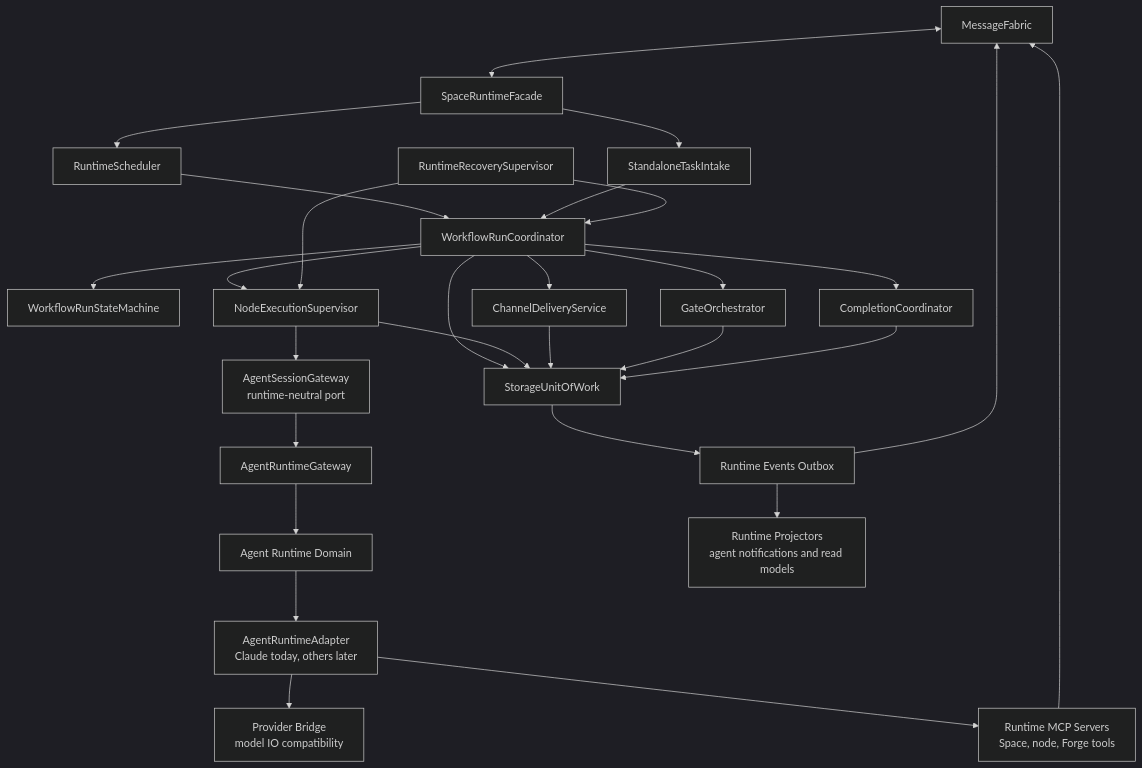
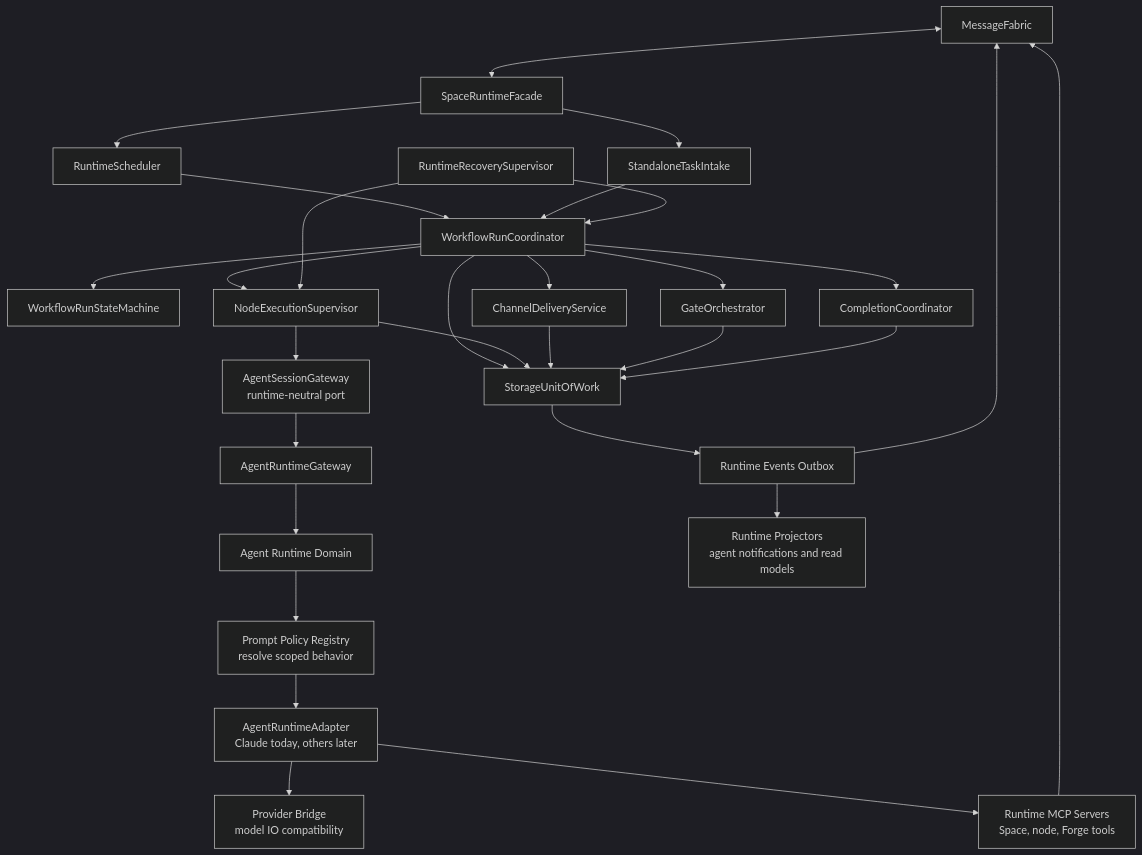
Before and after one commit to lsm/HyperNeo: the fifth of 8 diagrams in docs/architecture/target-architecture/README.md, drawn with Mermaid (dark theme). The commit also changed other lines of this file and 6 other files, not shown here.

Commit message:
docs: add prompt policy to target architecture

````diff
--- a/docs/architecture/target-architecture/README.md
+++ b/docs/architecture/target-architecture/README.md
@@ -334,53 +359,55 @@
 ```mermaid
 flowchart TB
   Fabric["MessageFabric"]
   SpaceFacade["SpaceRuntimeFacade"]
   Scheduler["RuntimeScheduler"]
   Intake["StandaloneTaskIntake"]
   Coordinator["WorkflowRunCoordinator"]
   StateMachine["WorkflowRunStateMachine"]
   Nodes["NodeExecutionSupervisor"]
   Channels["ChannelDeliveryService"]
   Gates["GateOrchestrator"]
   Completion["CompletionCoordinator"]
   Recovery["RuntimeRecoverySupervisor"]
   AgentGateway["AgentSessionGateway<br/>runtime-neutral port"]
   SessionDomain["Agent Runtime Domain"]
+  PromptPolicy["Prompt Policy Registry<br/>resolve scoped behavior"]
   RuntimeGateway["AgentRuntimeGateway"]
   RuntimeAdapter["AgentRuntimeAdapter<br/>Claude today, others later"]
   Provider["Provider Bridge<br/>model IO compatibility"]
   MCP["Runtime MCP Servers<br/>Space, node, Forge tools"]
   UOW["StorageUnitOfWork"]
   Outbox["Runtime Events Outbox"]
   Projectors["Runtime Projectors<br/>agent notifications and read models"]
 
   Fabric <--> SpaceFacade
   SpaceFacade --> Scheduler
   Scheduler --> Coordinator
   SpaceFacade --> Intake
   Intake --> Coordinator
   Coordinator --> StateMachine
   Coordinator --> Nodes
   Coordinator --> Channels
   Coordinator --> Gates
   Coordinator --> Completion
   Recovery --> Coordinator
   Recovery --> Nodes
 
   Nodes --> AgentGateway
   AgentGateway --> RuntimeGateway
   RuntimeGateway --> SessionDomain
-  SessionDomain --> RuntimeAdapter
+  SessionDomain --> PromptPolicy
+  PromptPolicy --> RuntimeAdapter
   RuntimeAdapter --> Provider
   RuntimeAdapter --> MCP
   MCP --> Fabric
 
   Coordinator --> UOW
   Nodes --> UOW
   Channels --> UOW
   Gates --> UOW
   Completion --> UOW
   UOW --> Outbox
   Outbox --> Fabric
   Outbox --> Projectors
 ```
````
